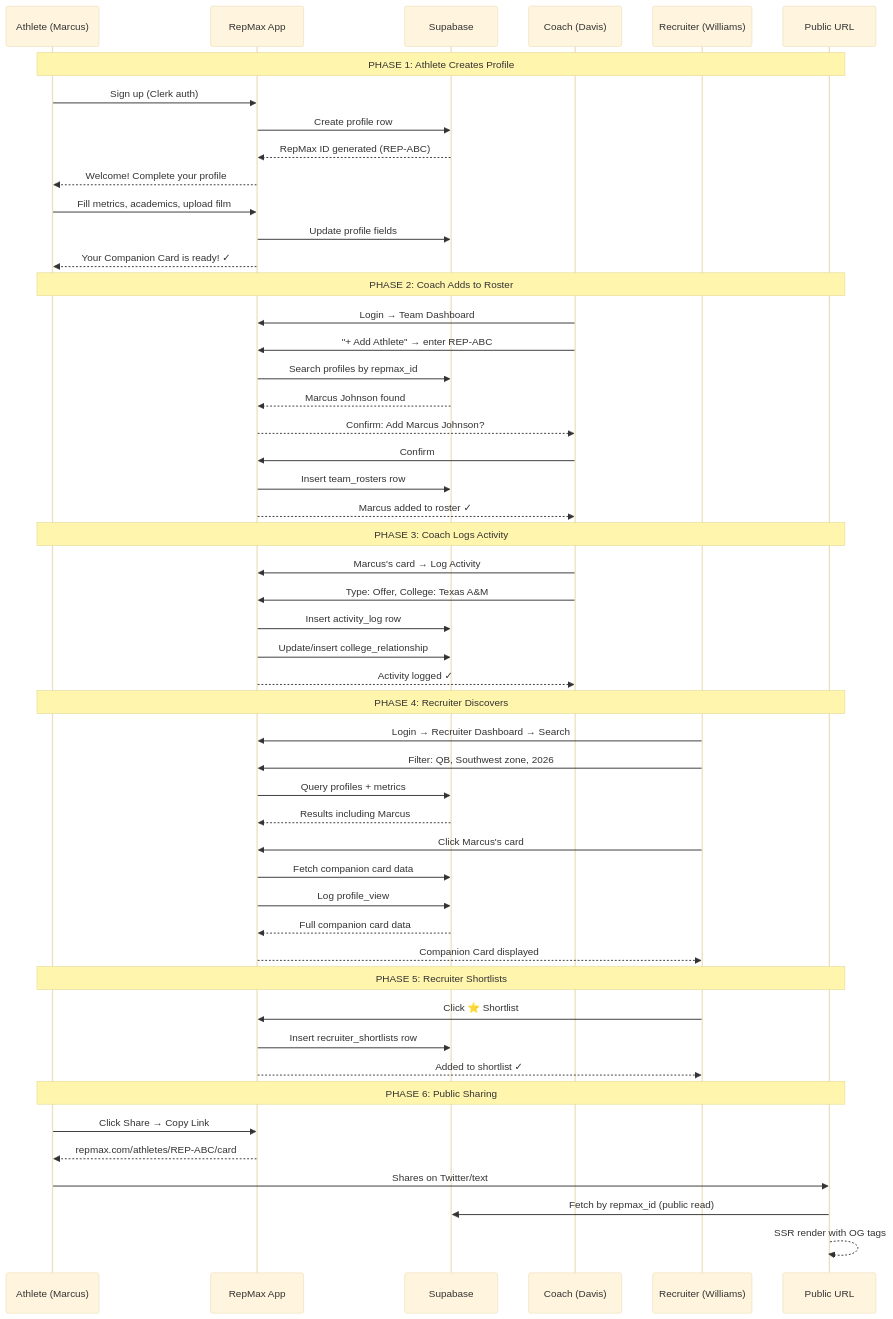
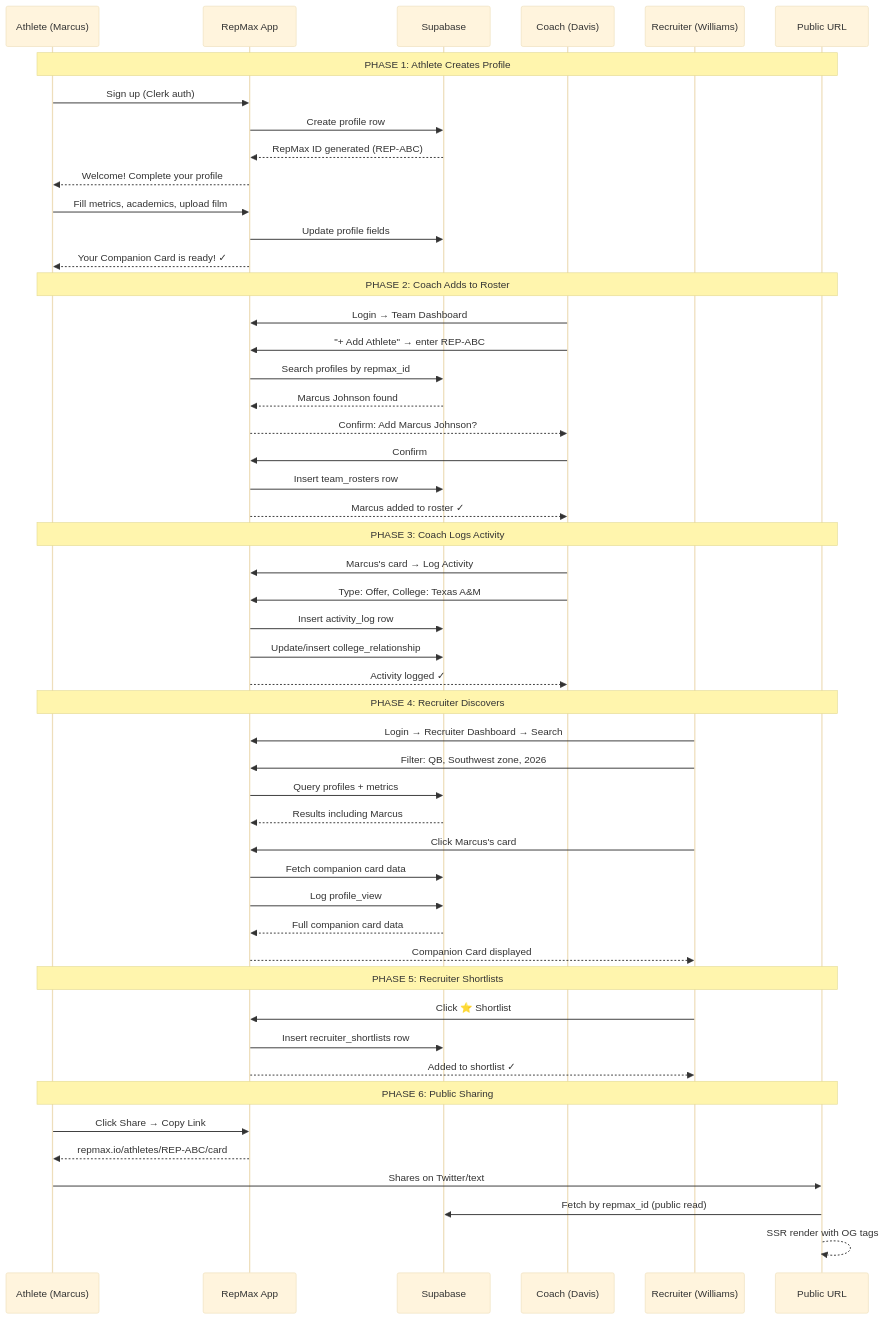
One commit to mibady/repmax-v2 changed the third of 7 diagrams in docs/02-ARCHITECTURE-DIAGRAMS.md. Above: the diagram before and after it, drawn with Mermaid (base theme). The commit also changed 15 other files, not shown here.

````diff
--- a/docs/02-ARCHITECTURE-DIAGRAMS.md
+++ b/docs/02-ARCHITECTURE-DIAGRAMS.md
@@ -183,58 +183,58 @@
 ```mermaid
 sequenceDiagram
     participant A as Athlete (Marcus)
     participant App as RepMax App
     participant DB as Supabase
     participant C as Coach (Davis)
     participant R as Recruiter (Williams)
     participant Pub as Public URL
 
     Note over A,Pub: PHASE 1: Athlete Creates Profile
     A->>App: Sign up (Clerk auth)
     App->>DB: Create profile row
     DB-->>App: RepMax ID generated (REP-ABC)
     App-->>A: Welcome! Complete your profile
     A->>App: Fill metrics, academics, upload film
     App->>DB: Update profile fields
     App-->>A: Your Companion Card is ready! ✓
 
     Note over A,Pub: PHASE 2: Coach Adds to Roster
     C->>App: Login → Team Dashboard
     C->>App: "+ Add Athlete" → enter REP-ABC
     App->>DB: Search profiles by repmax_id
     DB-->>App: Marcus Johnson found
     App-->>C: Confirm: Add Marcus Johnson?
     C->>App: Confirm
     App->>DB: Insert team_rosters row
     App-->>C: Marcus added to roster ✓
 
     Note over A,Pub: PHASE 3: Coach Logs Activity
     C->>App: Marcus's card → Log Activity
     C->>App: Type: Offer, College: Texas A&M
     App->>DB: Insert activity_log row
     App->>DB: Update/insert college_relationship
     App-->>C: Activity logged ✓
 
     Note over A,Pub: PHASE 4: Recruiter Discovers
     R->>App: Login → Recruiter Dashboard → Search
     R->>App: Filter: QB, Southwest zone, 2026
     App->>DB: Query profiles + metrics
     DB-->>App: Results including Marcus
     R->>App: Click Marcus's card
     App->>DB: Fetch companion card data
     App->>DB: Log profile_view
     DB-->>App: Full companion card data
     App-->>R: Companion Card displayed
 
     Note over A,Pub: PHASE 5: Recruiter Shortlists
     R->>App: Click ⭐ Shortlist
     App->>DB: Insert recruiter_shortlists row
     App-->>R: Added to shortlist ✓
 
     Note over A,Pub: PHASE 6: Public Sharing
     A->>App: Click Share → Copy Link
-    App-->>A: repmax.com/athletes/REP-ABC/card
+    App-->>A: repmax.io/athletes/REP-ABC/card
     A->>Pub: Shares on Twitter/text
     Pub->>DB: Fetch by repmax_id (public read)
     Pub-->>Pub: SSR render with OG tags
 ```
````
